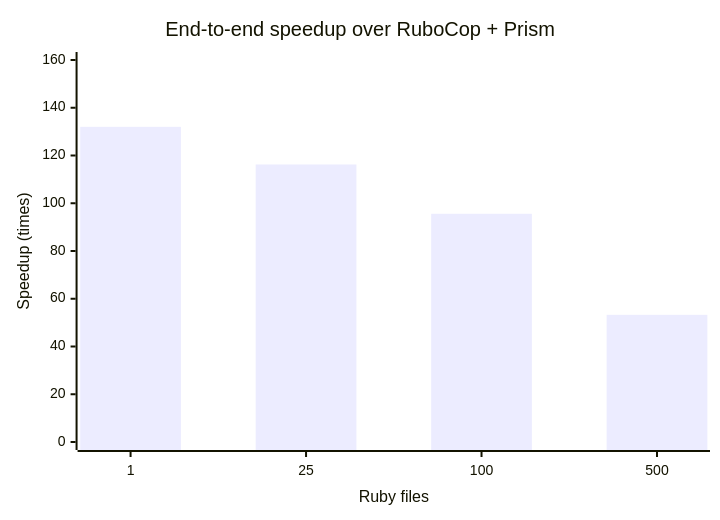
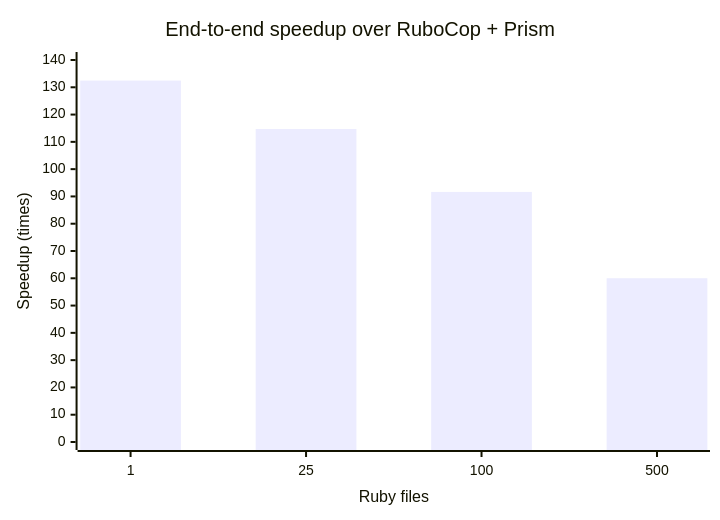
One commit to myxoh/rustocop changed the diagram in docs/performance.md. Above: the diagram before and after it, drawn with Mermaid. The commit also changed other lines of this file and 97 other files, not shown here.

````diff
--- a/docs/performance.md
+++ b/docs/performance.md
@@ -95,7 +99,7 @@
 ```mermaid
 xychart-beta
     title "End-to-end speedup over RuboCop + Prism"
     x-axis "Ruby files" [1, 25, 100, 500]
-    y-axis "Speedup (times)" 0 --> 160
-    bar [132.00, 116.24, 95.59, 53.27]
+    y-axis "Speedup (times)" 0 --> 140
+    bar [132.45, 114.72, 91.65, 60.02]
 ```
````
